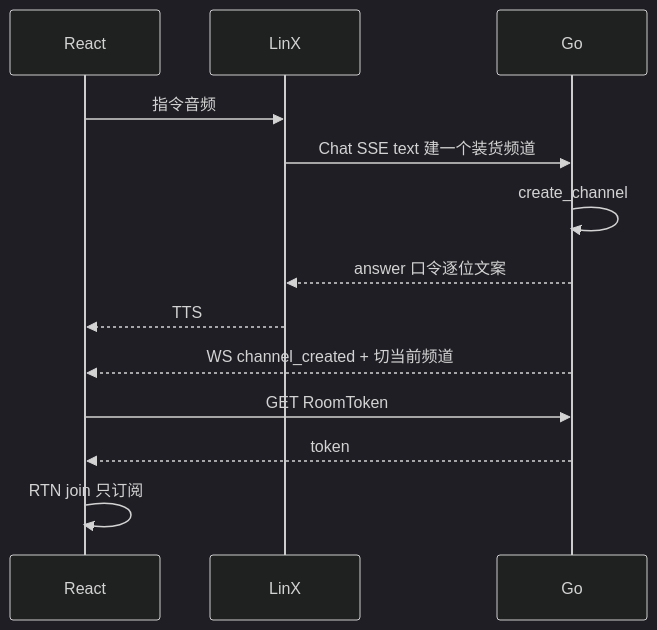
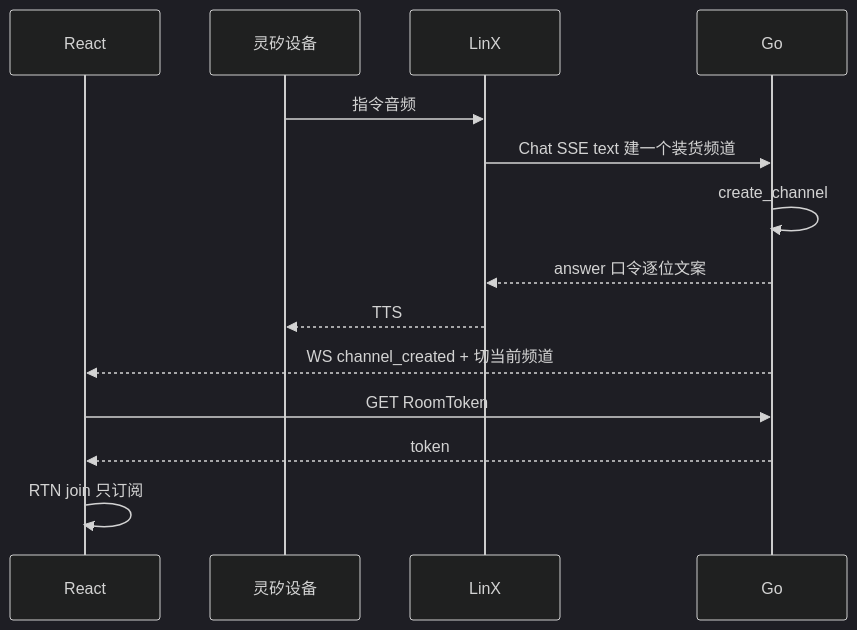
The third of 5 diagrams in docs/technical-design.md (AdairZeng/fleet-ptt), drawn with Mermaid (dark theme) before and after one commit. The commit also changed other lines of this file and 3 other files, not shown here.

````diff
--- a/docs/technical-design.md
+++ b/docs/technical-design.md
@@ -150,15 +151,16 @@
 ```mermaid
 sequenceDiagram
   participant U as React
+  participant D as 灵矽设备
   participant L as LinX
   participant G as Go
-  U->>L: 指令音频
+  D->>L: 指令音频
   L->>G: Chat SSE text 建一个装货频道
   G->>G: create_channel
   G-->>L: answer 口令逐位文案
-  L-->>U: TTS
+  L-->>D: TTS
   G-->>U: WS channel_created + 切当前频道
   U->>G: GET RoomToken
   G-->>U: token
   U->>U: RTN join 只订阅
 ```
````
